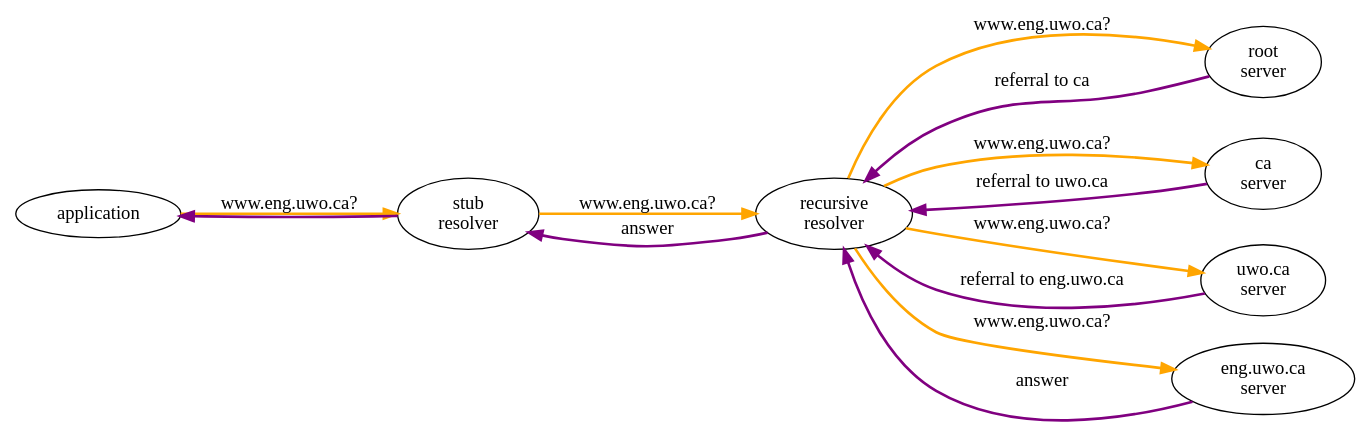
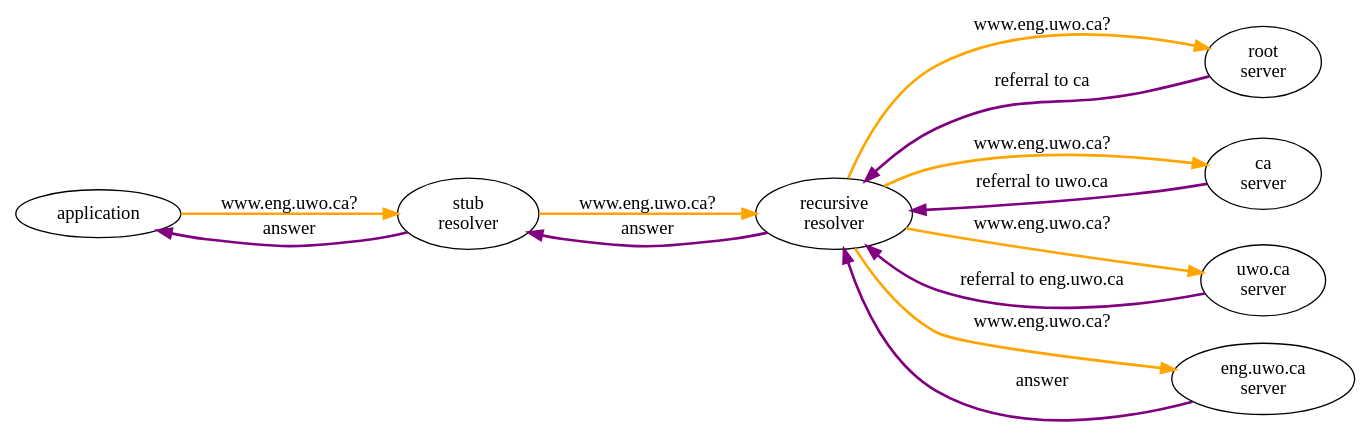
Before and after one commit to ableyjoe/uwo-mesc: the diagram in ECE-9609B-001-GW19/presentation2/query/query.dot, drawn with Graphviz. The commit also changed 1 other file, not shown here.

```diff
--- a/ECE-9609B-001-GW19/presentation2/query/query.dot
+++ b/ECE-9609B-001-GW19/presentation2/query/query.dot
@@ -1,32 +1,32 @@
 digraph G {
   rankdir = LR;
 
   app -> stub [style = bold, label = "www.eng.uwo.ca?", color = "orange"];
 
   stub -> recursive [style = bold, label = "www.eng.uwo.ca?", color = "orange"];
 
   recursive -> root [style = bold, label = "www.eng.uwo.ca?", color = "orange"];
   root -> recursive [style = bold, label = "referral to ca", color = "purple"];
 
   recursive -> ca [style = bold, label = "www.eng.uwo.ca?", color = "orange"];
   ca -> recursive [style = bold, label = "referral to uwo.ca", color = "purple"];
 
   recursive -> uwoca [style = bold, label = "www.eng.uwo.ca?", color = "orange"];
   uwoca -> recursive [style = bold, label = "referral to eng.uwo.ca", color = "purple"];
 
   recursive -> enguwoca [style = bold, label = "www.eng.uwo.ca?", color = "orange"];
   enguwoca -> recursive [style = bold, label = "answer", color = "purple"];
 
   recursive -> stub [style = bold, label = "answer", color = "purple"];
 
-  stub -> app [style = bold, lanbel = "answer", color = "purple"];
+  stub -> app [style = bold, label = "answer", color = "purple"];
 
   app [label = "application"];
   stub [label = "stub\nresolver"];
   recursive [label = "recursive\nresolver"];
 
   root [label = "root\nserver"];
   ca [label = "ca\nserver"];
   uwoca [label = "uwo.ca\nserver"];
   enguwoca [label = "eng.uwo.ca\nserver"];
 }
```
